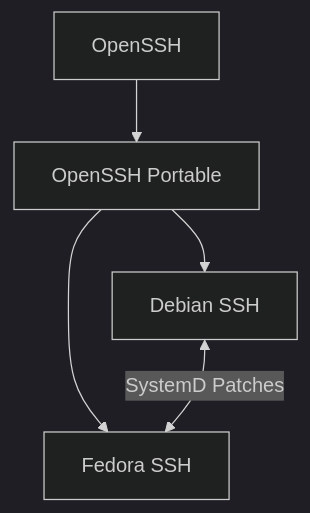
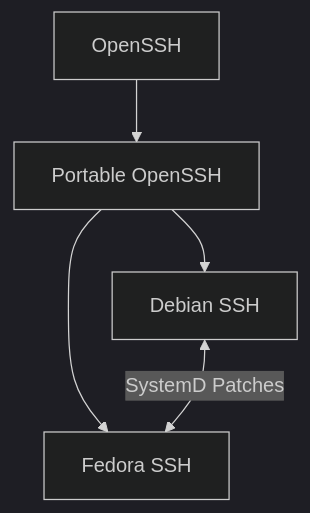
Before and after one commit to robertdfrench/ifuncd-up: the third of 3 diagrams in README.md, drawn with Mermaid (dark theme). The commit also changed other lines of this file, not shown here.

````diff
--- a/README.md
+++ b/README.md
@@ -112,11 +112,11 @@
 ```mermaid
 flowchart TD
   A[OpenSSH]
-  B[OpenSSH Portable]
+  B[Portable OpenSSH]
   C[Debian SSH]
   D[Fedora SSH]
   A-->B
   B-->C
   B-->D
   C<-->|SystemD Patches|D
 ```
````
